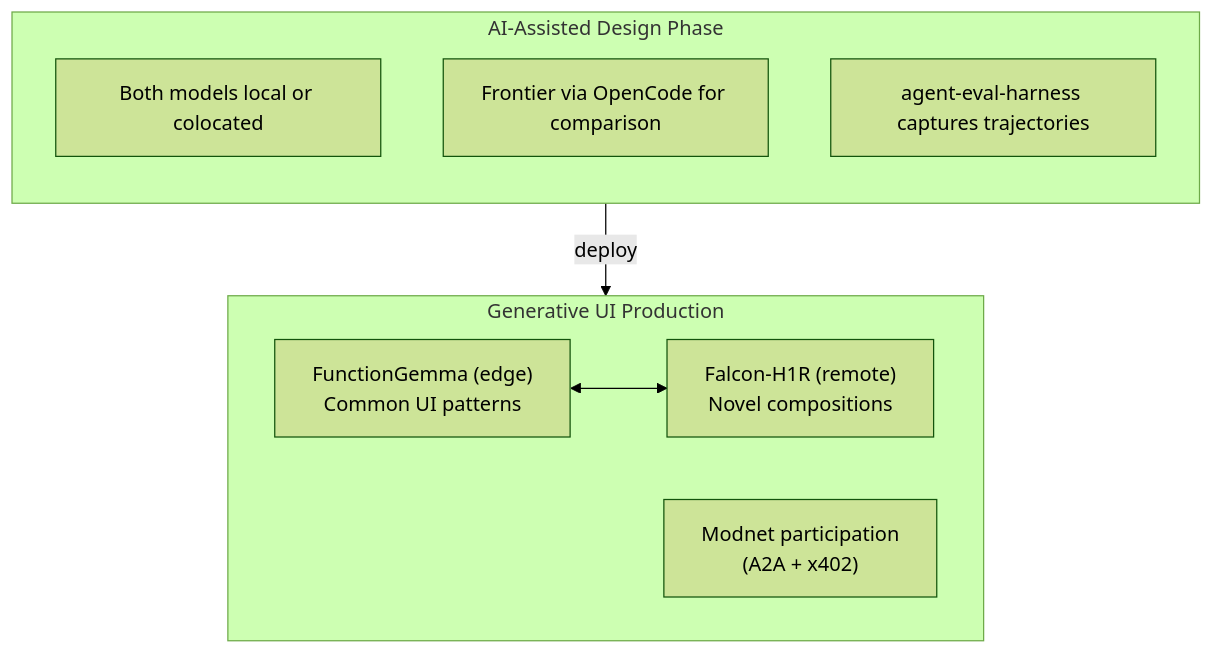
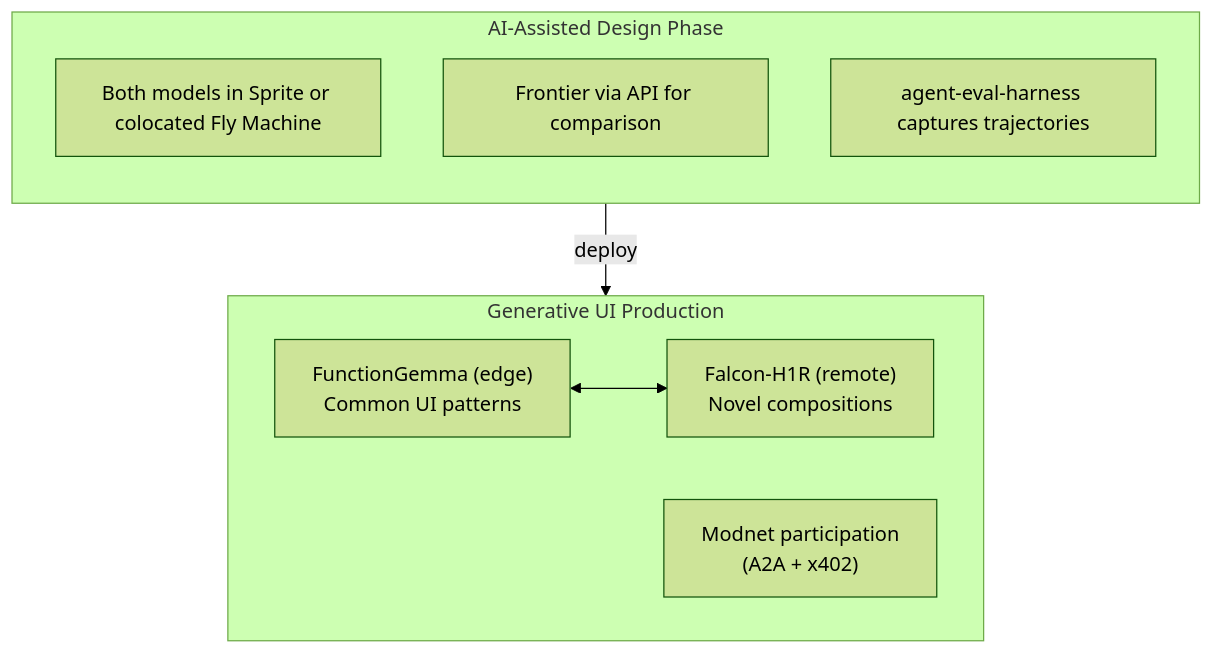
Before and after one commit to plaited/plaited: the eighth of 12 diagrams in PLAITED-AGENT-PLAN.md, drawn with Mermaid (forest theme). The commit also changed other lines of this file and 1 other file, not shown here.

First line of the commit message:
docs(agent): add OpenCode as sandbox coding runtime, update V8 plan

````diff
--- a/PLAITED-AGENT-PLAN.md
+++ b/PLAITED-AGENT-PLAN.md
@@ -423,19 +462,19 @@
 ```mermaid
 flowchart TB
     subgraph AIAssisted["AI-Assisted Design Phase"]
         direction TB
-        LocalDev["Both models local or colocated"]
-        FrontierCompare["Frontier via OpenCode for comparison"]
+        LocalDev["Both models in Sprite or colocated Fly Machine"]
+        FrontierCompare["Frontier via API for comparison"]
         HarnessTraining["agent-eval-harness captures trajectories"]
     end
 
     subgraph Production["Generative UI Production"]
         EdgeProd["FunctionGemma (edge)<br/>Common UI patterns"]
         RemoteProd["Falcon-H1R (remote)<br/>Novel compositions"]
         ModnetProd["Modnet participation<br/>(A2A + x402)"]
 
         EdgeProd <--> RemoteProd
     end
 
     AIAssisted -->|"deploy"| Production
 ```
````
